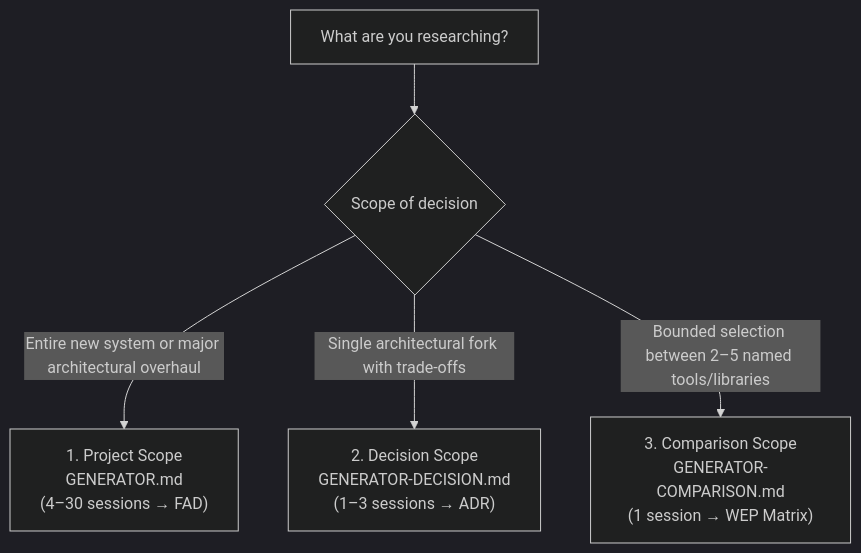
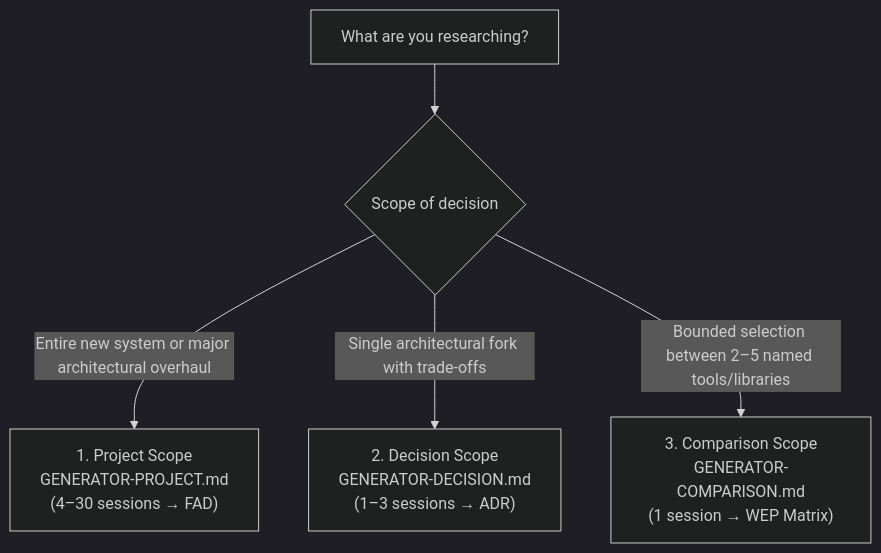
The first of 2 diagrams in docs/MANUAL-WORKFLOW.md (bhaskarjha-dev/vivechak), drawn with Mermaid (dark theme) before and after one commit. The commit also changed other lines of this file and 22 other files, not shown here.

Commit message:
refactor(generators): adopt GENERATOR-PROJECT.md as sole canonical project generator

````diff
--- a/docs/MANUAL-WORKFLOW.md
+++ b/docs/MANUAL-WORKFLOW.md
@@ -35,7 +35,7 @@
 ```mermaid
 flowchart TD
     Start["What are you researching?"] --> Choice{"Scope of decision"}
-    Choice -->|"Entire new system or major architectural overhaul"| P["1. Project Scope<br/>GENERATOR.md<br/>(4–30 sessions → FAD)"]
+    Choice -->|"Entire new system or major architectural overhaul"| P["1. Project Scope<br/>GENERATOR-PROJECT.md<br/>(4–30 sessions → FAD)"]
     Choice -->|"Single architectural fork with trade-offs"| D["2. Decision Scope<br/>GENERATOR-DECISION.md<br/>(1–3 sessions → ADR)"]
     Choice -->|"Bounded selection between 2–5 named tools/libraries"| C["3. Comparison Scope<br/>GENERATOR-COMPARISON.md<br/>(1 session → WEP Matrix)"]
 ```
````
